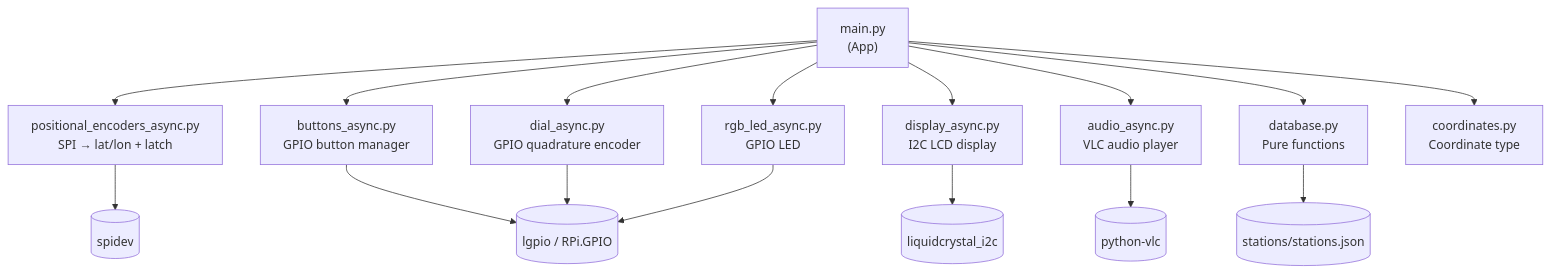
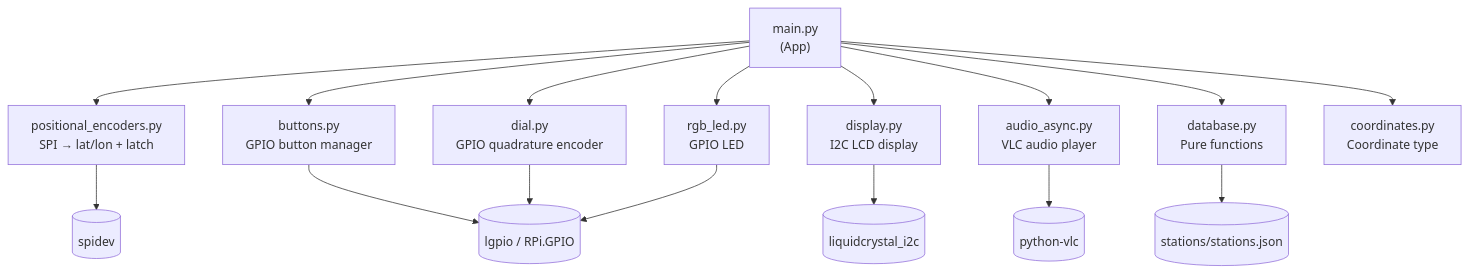
Before and after one commit to milnepe/RadioGlobe: the diagram in ARCHITECTURE.md, drawn with Mermaid. The commit also changed other lines of this file and 12 other files, not shown here.

Commit message:
Rename _async modules, delete dial_button_async and its test scripts

````diff
--- a/ARCHITECTURE.md
+++ b/ARCHITECTURE.md
@@ -125,21 +125,21 @@
 ```mermaid
 graph TD
     main["main.py\n(App)"]
 
-    main --> positional["positional_encoders_async.py\nSPI → lat/lon + latch"]
-    main --> dial["dial_async.py\nGPIO quadrature encoder"]
-    main --> buttons["buttons_async.py\nGPIO button manager"]
-    main --> display["display_async.py\nI2C LCD display"]
-    main --> led["rgb_led_async.py\nGPIO LED"]
+    main --> positional["positional_encoders.py\nSPI → lat/lon + latch"]
+    main --> dial["dial.py\nGPIO quadrature encoder"]
+    main --> buttons["buttons.py\nGPIO button manager"]
+    main --> display["display.py\nI2C LCD display"]
+    main --> led["rgb_led.py\nGPIO LED"]
     main --> audio["audio_async.py\nVLC audio player"]
     main --> database["database.py\nPure functions"]
     main --> coordinates["coordinates.py\nCoordinate type"]
 
     database --> stations[("stations/stations.json")]
     audio --> vlc[("python-vlc")]
     positional --> spidev[("spidev")]
     display --> i2c[("liquidcrystal_i2c")]
     buttons --> gpio[("lgpio / RPi.GPIO")]
     dial --> gpio
     led --> gpio
 ```
````
